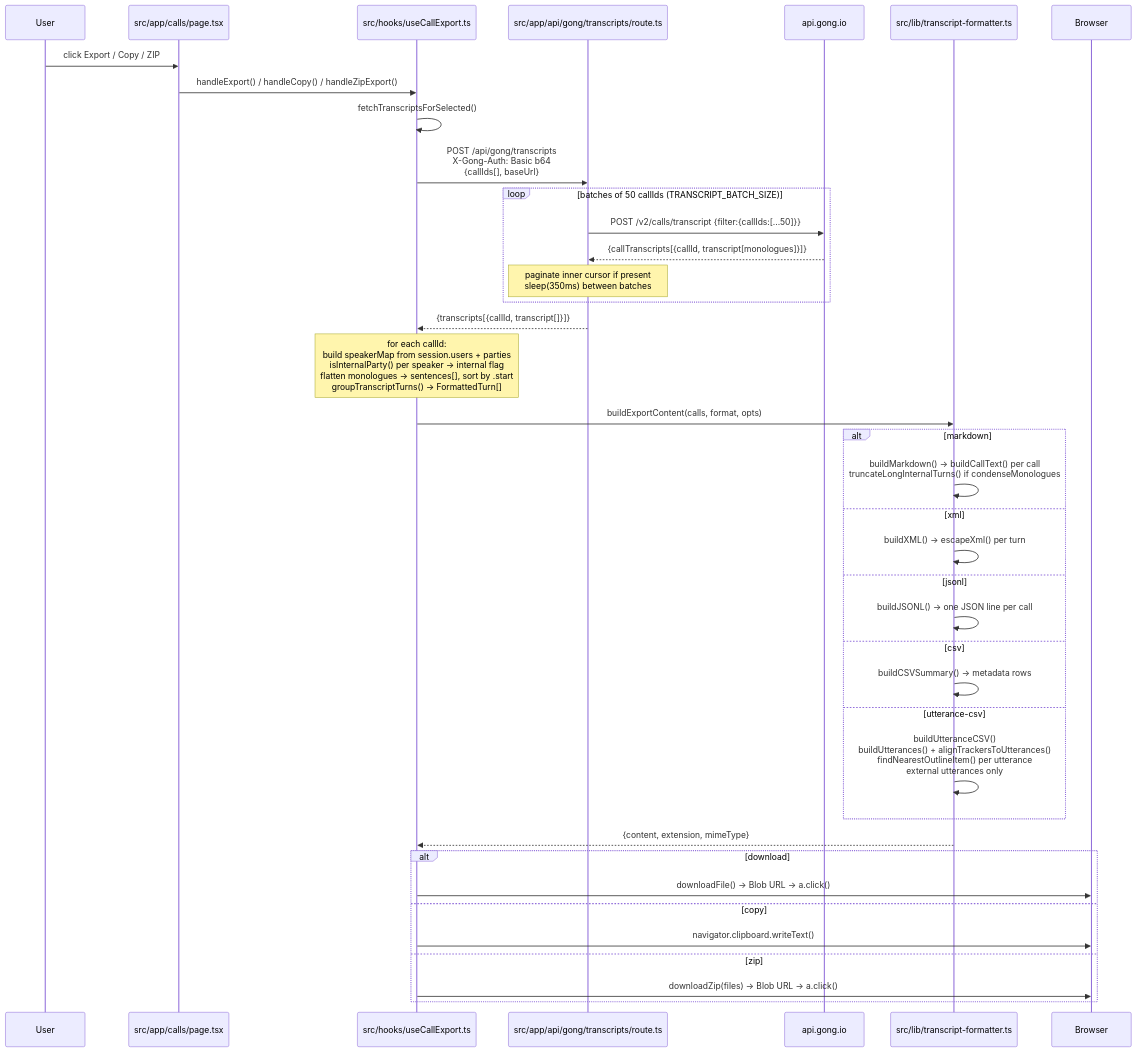
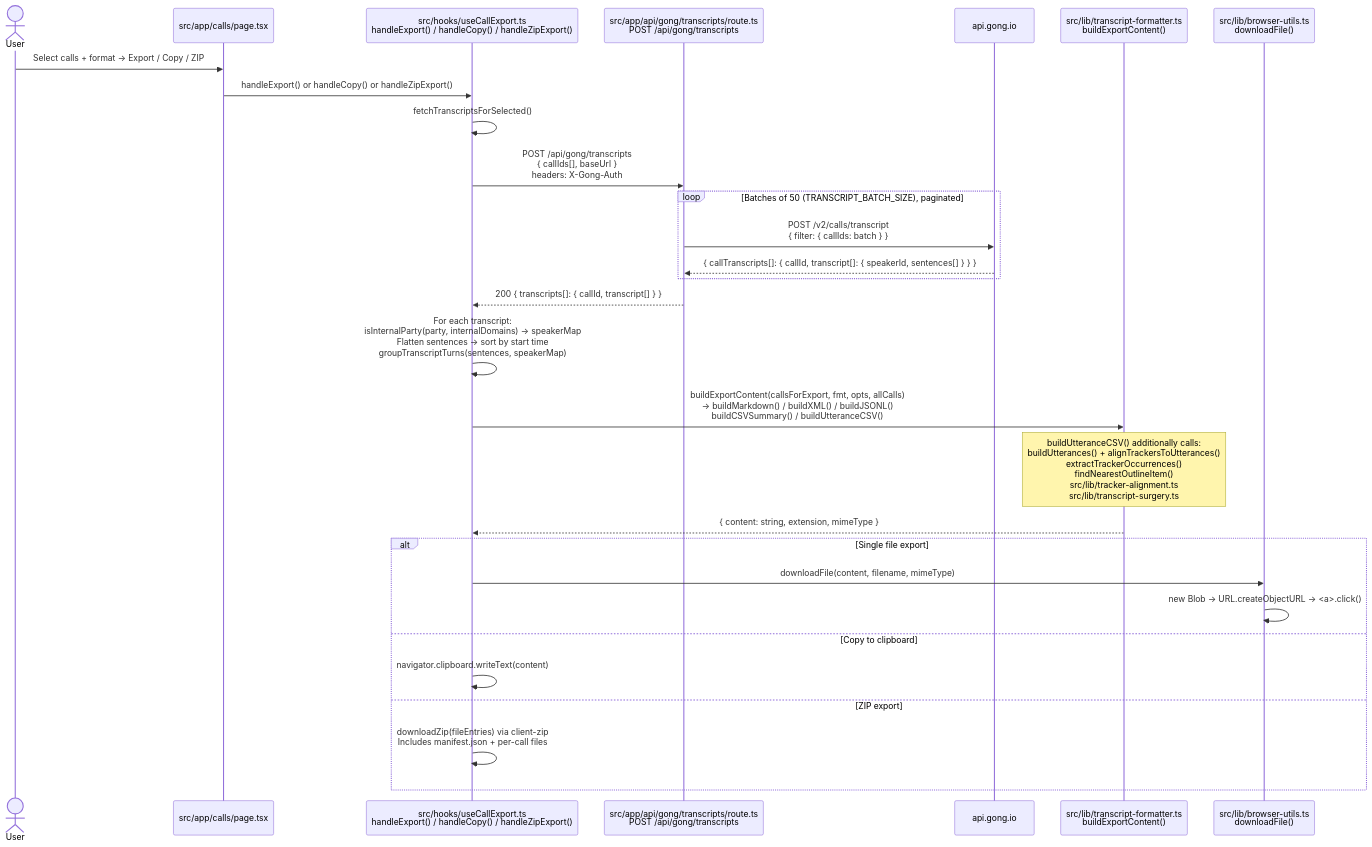
One commit to forrestmill-cmd/gongwizard changed the fourth of 5 diagrams in docs/generated/data-flows.md. Above: the diagram before and after it, drawn with Mermaid. The commit also changed other lines of this file and 9 other files, not shown here.

````diff
--- a/docs/generated/data-flows.md
+++ b/docs/generated/data-flows.md
@@ -165,50 +155,40 @@
 ```mermaid
 sequenceDiagram
-    participant User
+    actor User
     participant CallsPage as src/app/calls/page.tsx
-    participant useCallExport as src/hooks/useCallExport.ts
-    participant TranscriptAPI as src/app/api/gong/transcripts/route.ts
+    participant ExportHook as src/hooks/useCallExport.ts<br/>handleExport() / handleCopy() / handleZipExport()
+    participant TranscriptsAPI as src/app/api/gong/transcripts/route.ts<br/>POST /api/gong/transcripts
     participant GongAPI as api.gong.io
-    participant Formatter as src/lib/transcript-formatter.ts
-    participant Browser
+    participant Formatter as src/lib/transcript-formatter.ts<br/>buildExportContent()
+    participant BrowserUtils as src/lib/browser-utils.ts<br/>downloadFile()
 
-    User->>CallsPage: click Export / Copy / ZIP
-    CallsPage->>useCallExport: handleExport() / handleCopy() / handleZipExport()
-    useCallExport->>useCallExport: fetchTranscriptsForSelected()
+    User->>CallsPage: Select calls + format → Export / Copy / ZIP
+    CallsPage->>ExportHook: handleExport() or handleCopy() or handleZipExport()
+    ExportHook->>ExportHook: fetchTranscriptsForSelected()
 
-    useCallExport->>TranscriptAPI: POST /api/gong/transcripts<br/>X-Gong-Auth: Basic b64<br/>{callIds[], baseUrl}
+    ExportHook->>TranscriptsAPI: POST /api/gong/transcripts<br/>{ callIds[], baseUrl }<br/>headers: X-Gong-Auth
 
-    loop batches of 50 callIds (TRANSCRIPT_BATCH_SIZE)
-        TranscriptAPI->>GongAPI: POST /v2/calls/transcript {filter:{callIds:[...50]}}
-        GongAPI-->>TranscriptAPI: {callTranscripts[{callId, transcript[monologues]}]}
-        Note over TranscriptAPI: paginate inner cursor if present<br/>sleep(350ms) between batches
+    loop Batches of 50 (TRANSCRIPT_BATCH_SIZE), paginated
+        TranscriptsAPI->>GongAPI: POST /v2/calls/transcript<br/>{ filter: { callIds: batch } }
+        GongAPI-->>TranscriptsAPI: { callTranscripts[]: { callId, transcript[]: { speakerId, sentences[] } } }
     end
 
-    TranscriptAPI-->>useCallExport: {transcripts[{callId, transcript[]}]}
+    TranscriptsAPI-->>ExportHook: 200 { transcripts[]: { callId, transcript[] } }
 
-    Note over useCallExport: for each callId:<br/>  build speakerMap from session.users + parties<br/>  isInternalParty() per speaker → internal flag<br/>  flatten monologues → sentences[], sort by .start<br/>  groupTranscriptTurns() → FormattedTurn[]
+    ExportHook->>ExportHook: For each transcript:<br/>isInternalParty(party, internalDomains) → speakerMap<br/>Flatten sentences → sort by start time<br/>groupTranscriptTurns(sentences, speakerMap)
 
-    useCallExport->>Formatter: buildExportContent(calls, format, opts)
+    ExportHook->>Formatter: buildExportContent(callsForExport, fmt, opts, allCalls)<br/>→ buildMarkdown() / buildXML() / buildJSONL()<br/>   buildCSVSummary() / buildUtteranceCSV()
 
-    alt markdown
-        Formatter->>Formatter: buildMarkdown() → buildCallText() per call<br/>truncateLongInternalTurns() if condenseMonologues
-    else xml
-        Formatter->>Formatter: buildXML() → escapeXml() per turn
-    else jsonl
-        Formatter->>Formatter: buildJSONL() → one JSON line per call
-    else csv
-        Formatter->>Formatter: buildCSVSummary() → metadata rows
-    else utterance-csv
-        Formatter->>Formatter: buildUtteranceCSV()<br/>buildUtterances() + alignTrackersToUtterances()<br/>findNearestOutlineItem() per utterance<br/>external utterances only
-    end
+    Note over Formatter: buildUtteranceCSV() additionally calls:<br/>buildUtterances() + alignTrackersToUtterances()<br/>extractTrackerOccurrences()<br/>findNearestOutlineItem()<br/>src/lib/tracker-alignment.ts<br/>src/lib/transcript-surgery.ts
 
-    Formatter-->>useCallExport: {content, extension, mimeType}
+    Formatter-->>ExportHook: { content: string, extension, mimeType }
 
-    alt download
-        useCallExport->>Browser: downloadFile() → Blob URL → a.click()
-    else copy
-        useCallExport->>Browser: navigator.clipboard.writeText()
-    else zip
-        useCallExport->>Browser: downloadZip(files) → Blob URL → a.click()
+    alt Single file export
+        ExportHook->>BrowserUtils: downloadFile(content, filename, mimeType)
+        BrowserUtils->>BrowserUtils: new Blob → URL.createObjectURL → <a>.click()
+    else Copy to clipboard
+        ExportHook->>ExportHook: navigator.clipboard.writeText(content)
+    else ZIP export
+        ExportHook->>ExportHook: downloadZip(fileEntries) via client-zip<br/>Includes manifest.json + per-call files
     end
 ```
````
